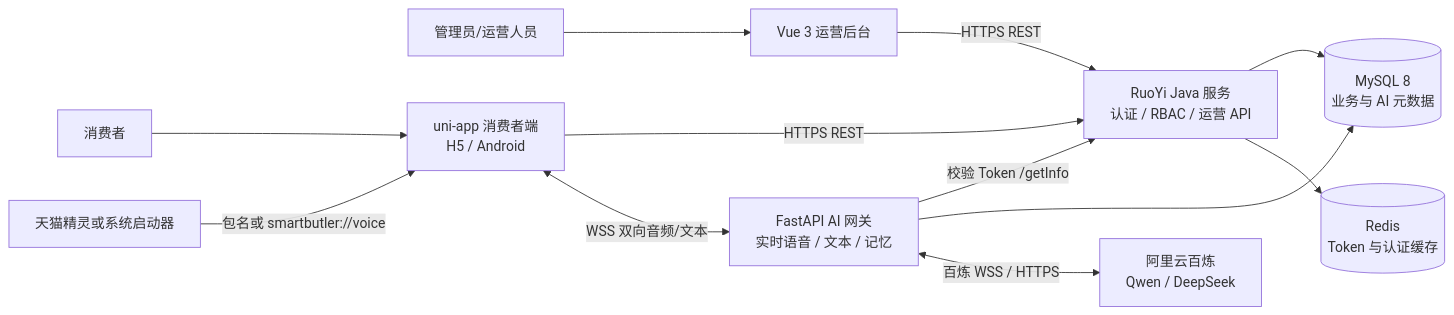
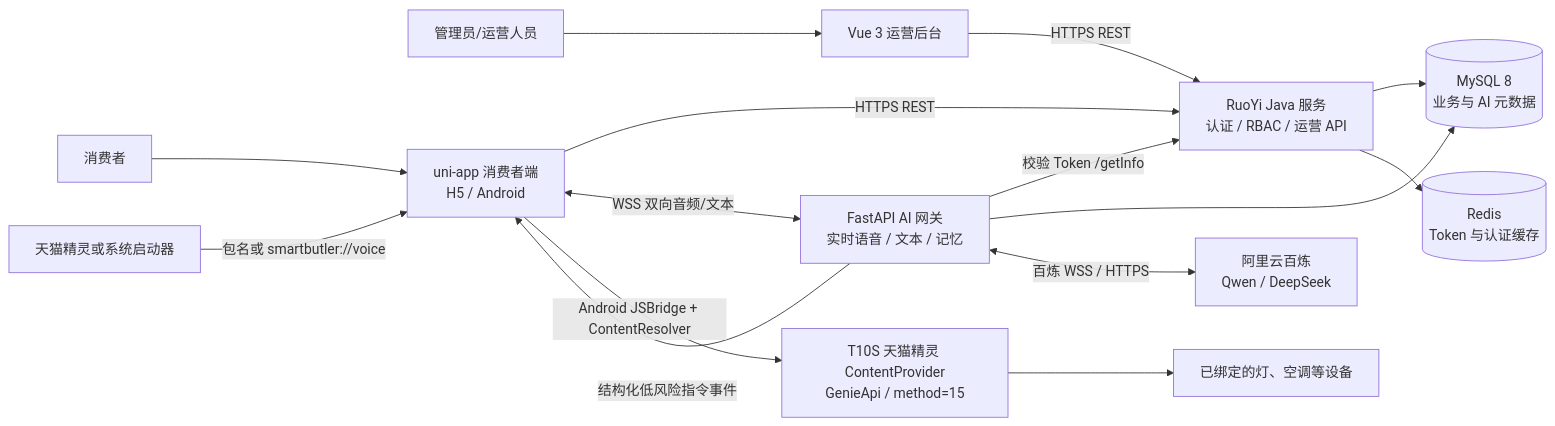
The second of 12 diagrams in README.md (Dadalia1917/TianMao-Ruoyi), drawn with Mermaid before and after one commit. The commit also changed other lines of this file and 31 other files, not shown here.

```diff
--- a/README.md
+++ b/README.md
@@ -198,25 +234,30 @@
 ~~~mermaid
 flowchart LR
     User["消费者"]
     Operator["管理员/运营人员"]
     Tmall["天猫精灵或系统启动器"]
     Client["uni-app 消费者端\nH5 / Android"]
     AdminUI["Vue 3 运营后台"]
     Java["RuoYi Java 服务\n认证 / RBAC / 运营 API"]
     AI["FastAPI AI 网关\n实时语音 / 文本 / 记忆"]
     MySQL[("MySQL 8\n业务与 AI 元数据")]
     Redis[("Redis\nToken 与认证缓存")]
     DashScope["阿里云百炼\nQwen / DeepSeek"]
+    GenieProvider["T10S 天猫精灵 ContentProvider\nGenieApi / method=15"]
+    HomeDevices["已绑定的灯、空调等设备"]
 
     User --> Client
     Tmall -->|"包名或 smartbutler://voice"| Client
     Operator --> AdminUI
     Client -->|"HTTPS REST"| Java
     Client <-->|"WSS 双向音频/文本"| AI
     AdminUI -->|"HTTPS REST"| Java
     AI -->|"校验 Token /getInfo"| Java
     Java --> MySQL
     Java --> Redis
     AI --> MySQL
     AI <-->|"百炼 WSS / HTTPS"| DashScope
+    AI -->|"结构化低风险指令事件"| Client
+    Client -->|"Android JSBridge + ContentResolver"| GenieProvider
+    GenieProvider --> HomeDevices
 ~~~
```
